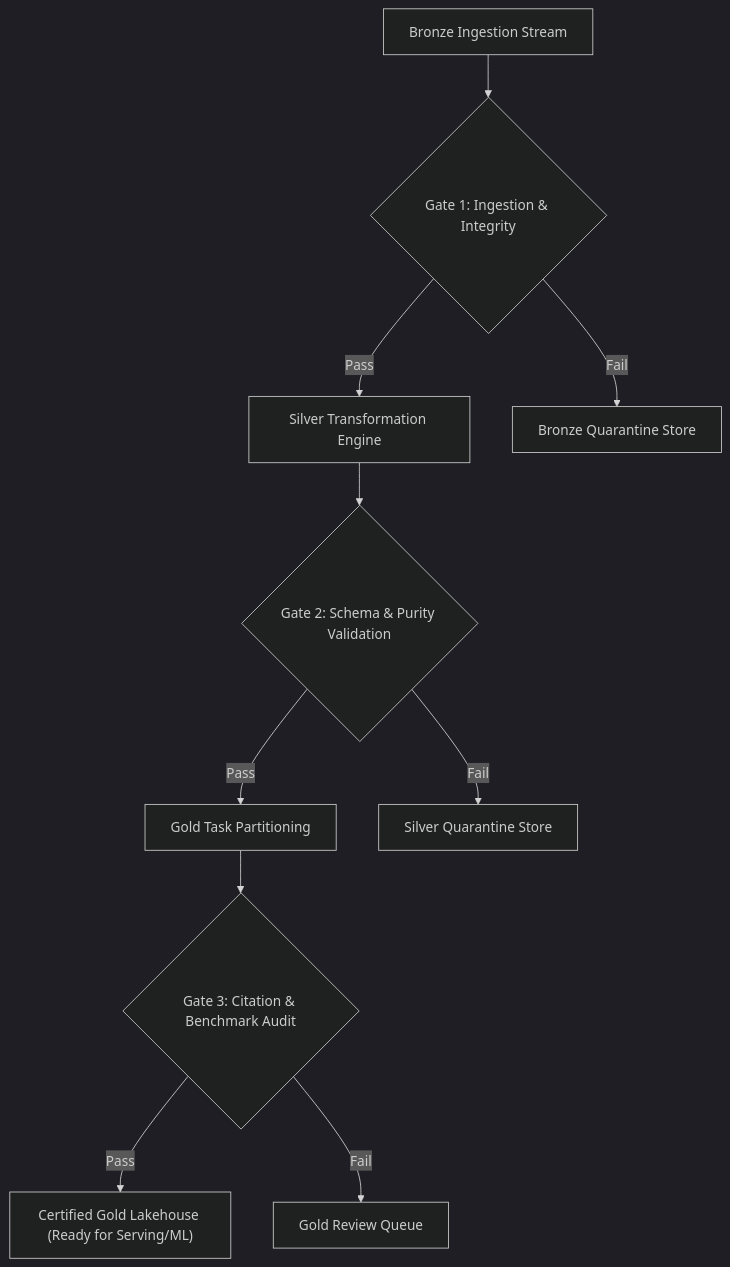
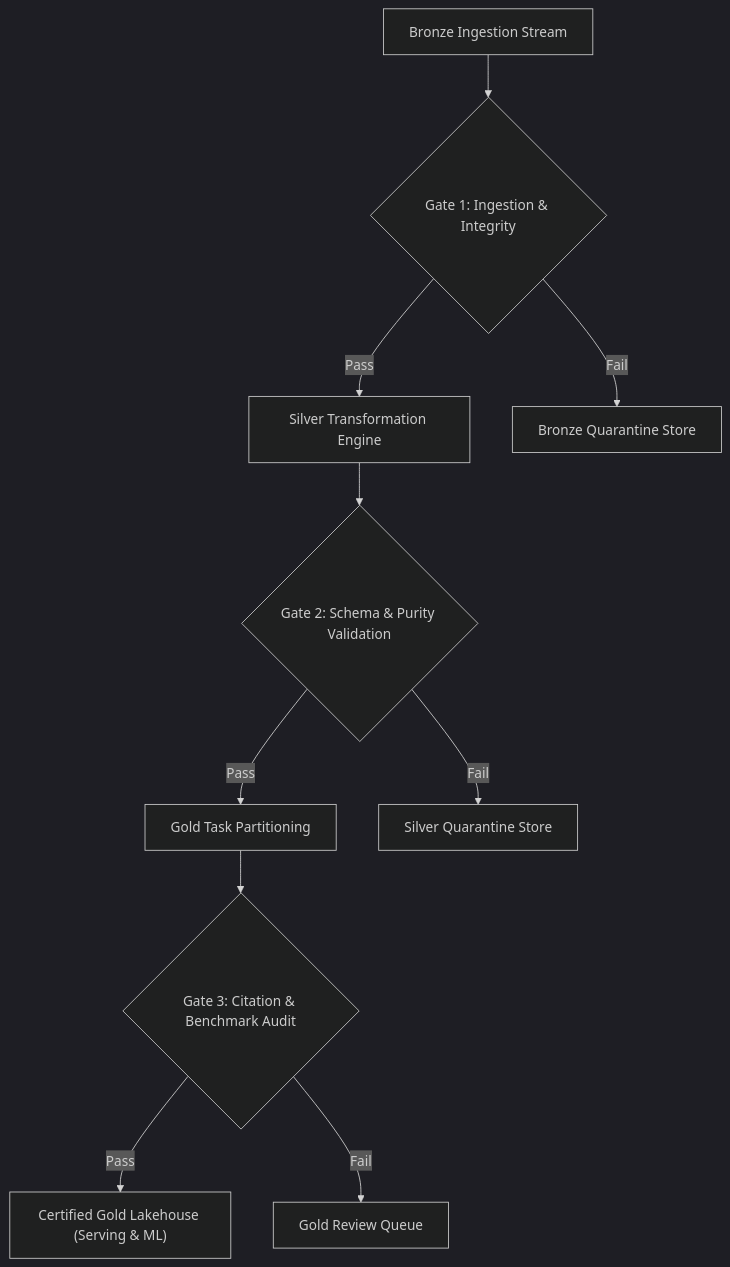
One commit to Yatharthnagpal/review changed the diagram in 12_DATA_QUALITY_AND_VALIDATION.md. Above: the diagram before and after it, drawn with Mermaid (dark theme). The commit also changed other lines of this file and 18 other files, not shown here.

````diff
--- a/12_DATA_QUALITY_AND_VALIDATION.md
+++ b/12_DATA_QUALITY_AND_VALIDATION.md
@@ -21,17 +22,17 @@
 ```mermaid
 flowchart TD
     Bronze["Bronze Ingestion Stream"] --> Gate1{"Gate 1: Ingestion & Integrity"}
     
     Gate1 -->|"Pass"| SilverProcess["Silver Transformation Engine"]
     Gate1 -->|"Fail"| QuarantineBronze["Bronze Quarantine Store"]
     
     SilverProcess --> Gate2{"Gate 2: Schema & Purity Validation"}
     
     Gate2 -->|"Pass"| GoldProcess["Gold Task Partitioning"]
     Gate2 -->|"Fail"| QuarantineSilver["Silver Quarantine Store"]
     
     GoldProcess --> Gate3{"Gate 3: Citation & Benchmark Audit"}
     
-    Gate3 -->|"Pass"| CertifiedGold["Certified Gold Lakehouse (Ready for Serving/ML)"]
+    Gate3 -->|"Pass"| CertifiedGold["Certified Gold Lakehouse (Serving & ML)"]
     Gate3 -->|"Fail"| QuarantineGold["Gold Review Queue"]
 ```
````
